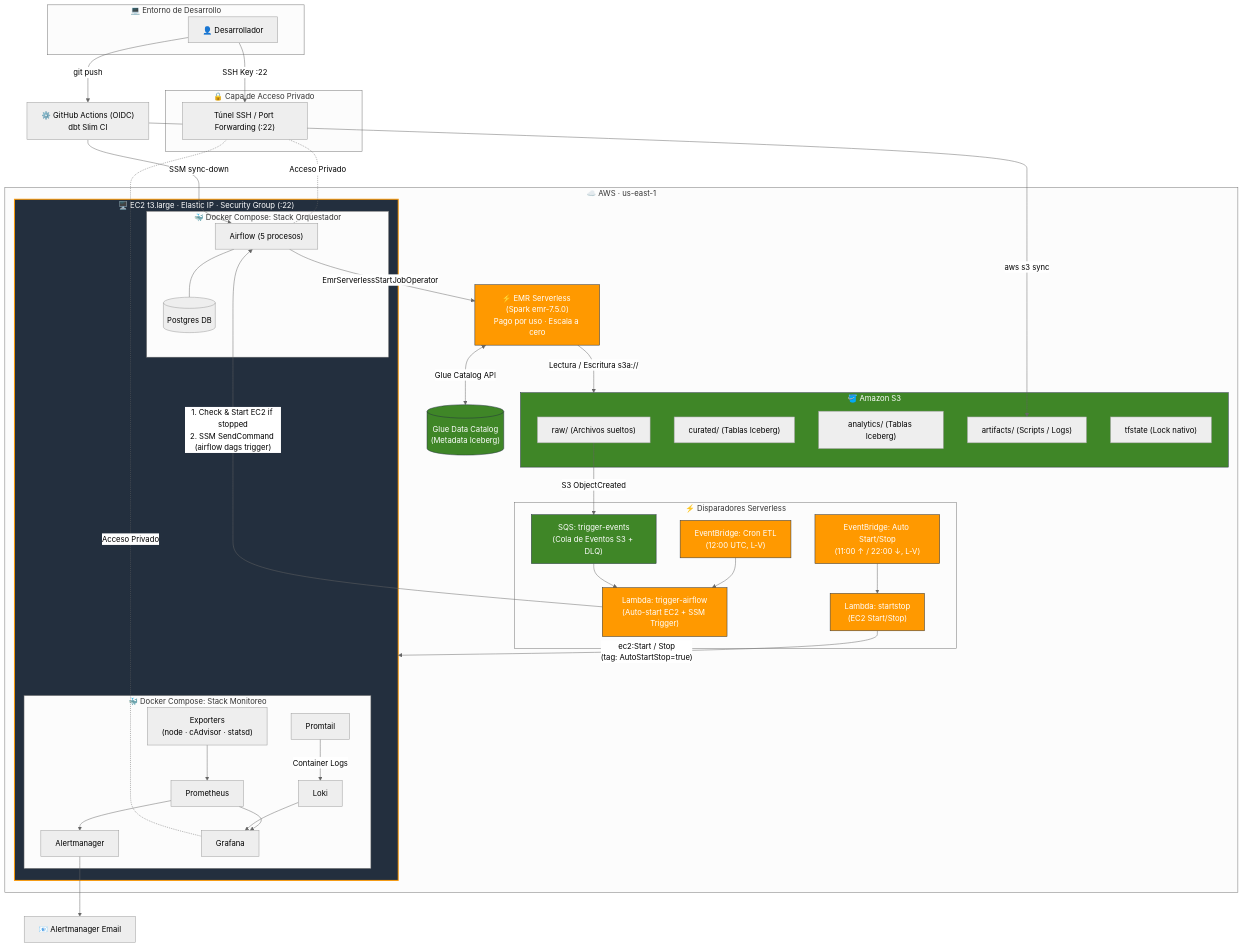
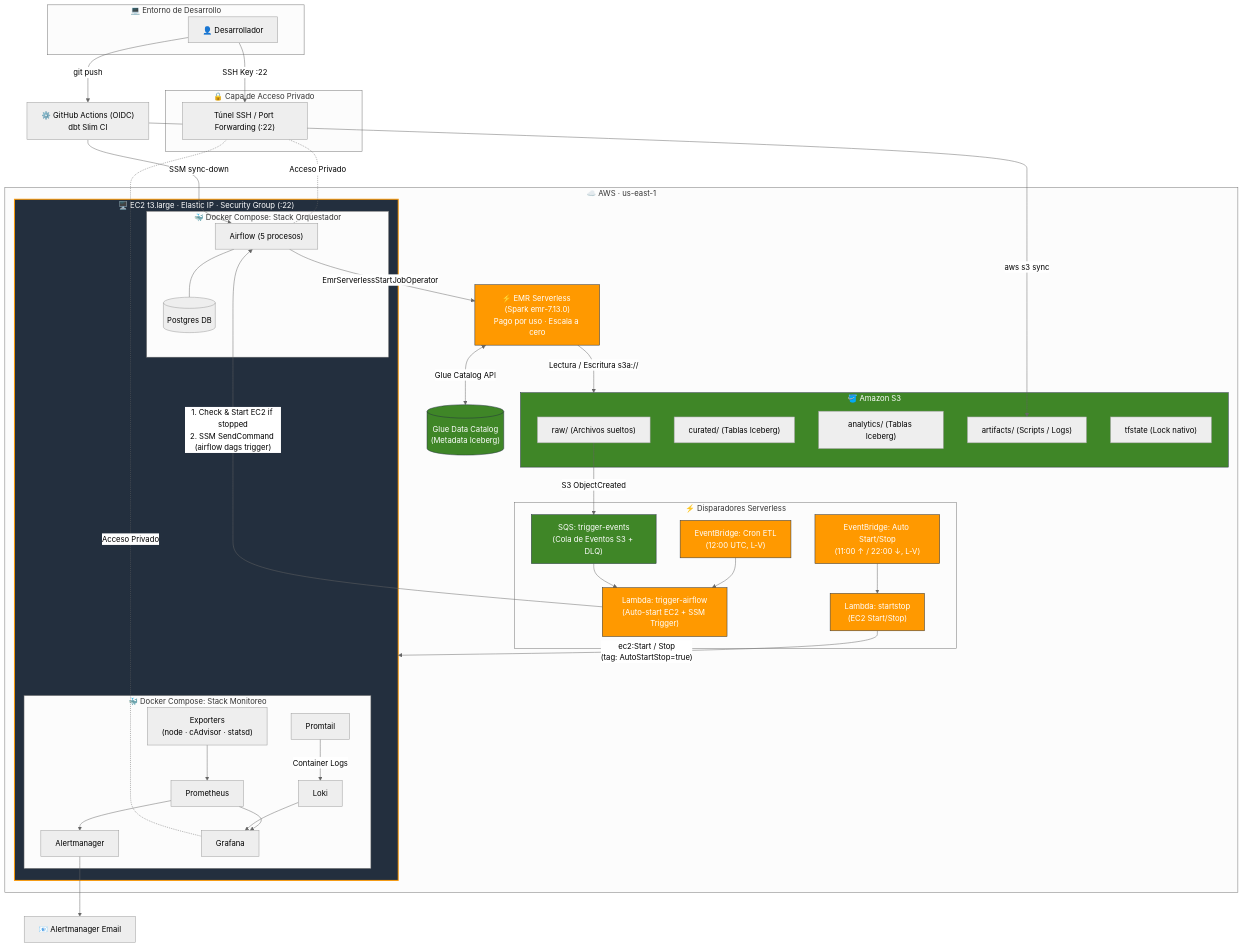
Before and after one commit to abantodca/pyspark_stack: the diagram in docs/03-arquitectura.md, drawn with Mermaid (neutral theme). The commit also changed other lines of this file and 23 other files, not shown here.

```diff
--- a/docs/03-arquitectura.md
+++ b/docs/03-arquitectura.md
@@ -78,7 +93,7 @@
         end
 
         %% CÓMPUTO Y DATA LAKE
-        emrs["⚡ EMR Serverless (Spark emr-7.5.0)<br/>Pago por uso · Escala a cero"]
+        emrs["⚡ EMR Serverless (Spark emr-7.13.0)<br/>Pago por uso · Escala a cero"]
 
         subgraph S3["🪣 Amazon S3"]
             raw["raw/ (Archivos sueltos)"]
```
